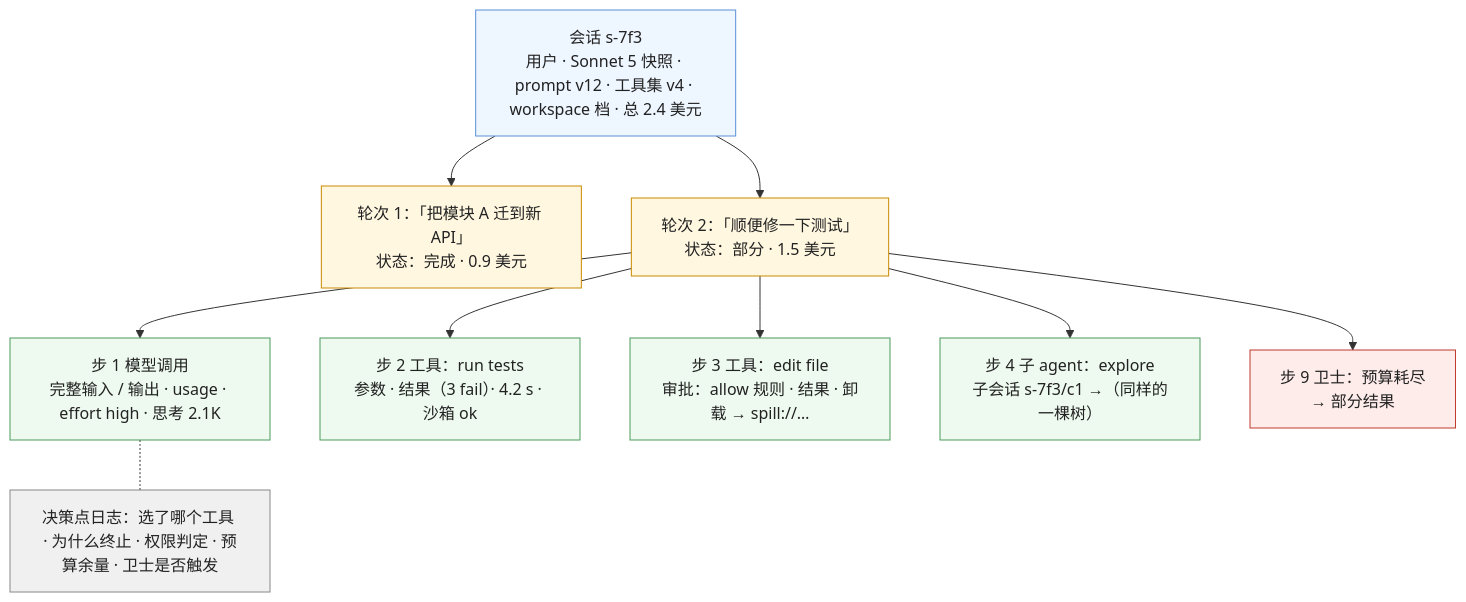
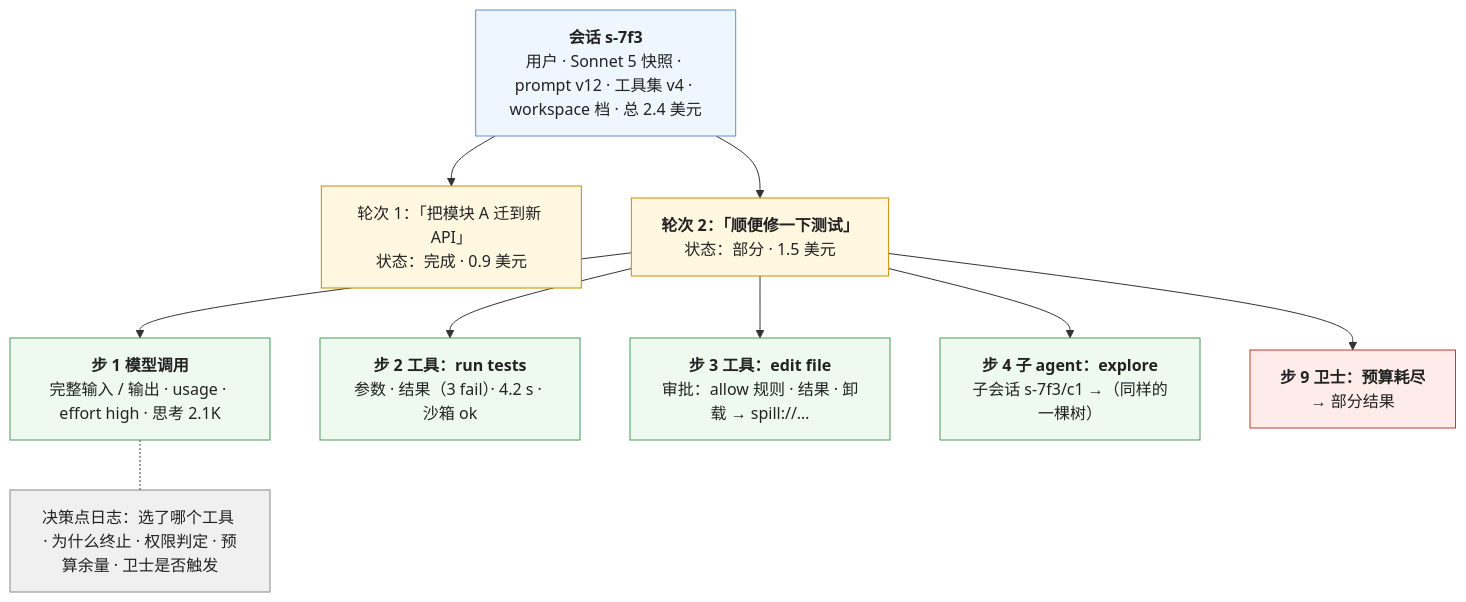
One commit to arganzheng/arganzheng.github.com changed the fifth of 5 diagrams in _posts/2026-10-29-agent-reliability-evaluation-and-operations.md. Above: the diagram before and after it, drawn with Mermaid. The commit also changed other lines of this file and 9 other files, not shown here.

First line of the commit message:
工具、Agent 与 harness：模型怎么从回答变成做事：Mermaid 多行方框的首行标为标题（10 篇）

````diff
--- a/_posts/2026-10-29-agent-reliability-evaluation-and-operations.md
+++ b/_posts/2026-10-29-agent-reliability-evaluation-and-operations.md
@@ -177,23 +177,23 @@
 ```mermaid
 %% 图：agent trace 的三级树——会话（用户 · 模型 / prompt / 工具集版本 · 权限档 · 总成本）→ 任务 / 轮次（输入 · 输出 · 状态：完成 / 部分 / 失败 · 成本）→ 步骤（每次模型调用的完整输入输出与 usage、每次工具调用的参数 / 结果 / 耗时 / 沙箱 / 审批、卫士触发、压缩与卸载事件、子会话 id）；子会话再挂一棵同样的树
 flowchart TB
-    S["会话 s-7f3<br/>用户 · Sonnet 5 快照 · prompt v12 · 工具集 v4 · workspace 档 · 总 2.4 美元"]
+    S["<b>会话 s-7f3</b><br/>用户 · Sonnet 5 快照 · prompt v12 · 工具集 v4 · workspace 档 · 总 2.4 美元"]
     S --> T1["轮次 1：「把模块 A 迁到新 API」<br/>状态：完成 · 0.9 美元"]
-    S --> T2["轮次 2：「顺便修一下测试」<br/>状态：部分 · 1.5 美元"]
-    T2 --> P1["步 1 模型调用<br/>完整输入 / 输出 · usage · effort high · 思考 2.1K"]
-    T2 --> P2["步 2 工具：run tests<br/>参数 · 结果（3 fail）· 4.2 s · 沙箱 ok"]
-    T2 --> P3["步 3 工具：edit file<br/>审批：allow 规则 · 结果 · 卸载 → spill://…"]
-    T2 --> P4["步 4 子 agent：explore<br/>子会话 s-7f3/c1 →（同样的一棵树）"]
-    T2 --> P5["步 9 卫士：预算耗尽<br/>→ 部分结果"]
+    S --> T2["<b>轮次 2：「顺便修一下测试」</b><br/>状态：部分 · 1.5 美元"]
+    T2 --> P1["<b>步 1 模型调用</b><br/>完整输入 / 输出 · usage · effort high · 思考 2.1K"]
+    T2 --> P2["<b>步 2 工具：run tests</b><br/>参数 · 结果（3 fail）· 4.2 s · 沙箱 ok"]
+    T2 --> P3["<b>步 3 工具：edit file</b><br/>审批：allow 规则 · 结果 · 卸载 → spill://…"]
+    T2 --> P4["<b>步 4 子 agent：explore</b><br/>子会话 s-7f3/c1 →（同样的一棵树）"]
+    T2 --> P5["<b>步 9 卫士：预算耗尽</b><br/>→ 部分结果"]
     P1 -.- D["决策点日志：选了哪个工具 · 为什么终止 · 权限判定 · 预算余量 · 卫士是否触发"]
     classDef s fill:#eef6ff,stroke:#5b8fd6,color:#222
     classDef t fill:#fff7e0,stroke:#c98a00,color:#222
     classDef p fill:#eefaf0,stroke:#4d9a5c,color:#222
     classDef g fill:#fdecea,stroke:#c0392b,color:#222
     classDef n fill:#f0f0f0,stroke:#888,color:#222
     class S s
     class T1,T2 t
     class P1,P2,P3,P4 p
     class P5 g
     class D n
 ```
````
